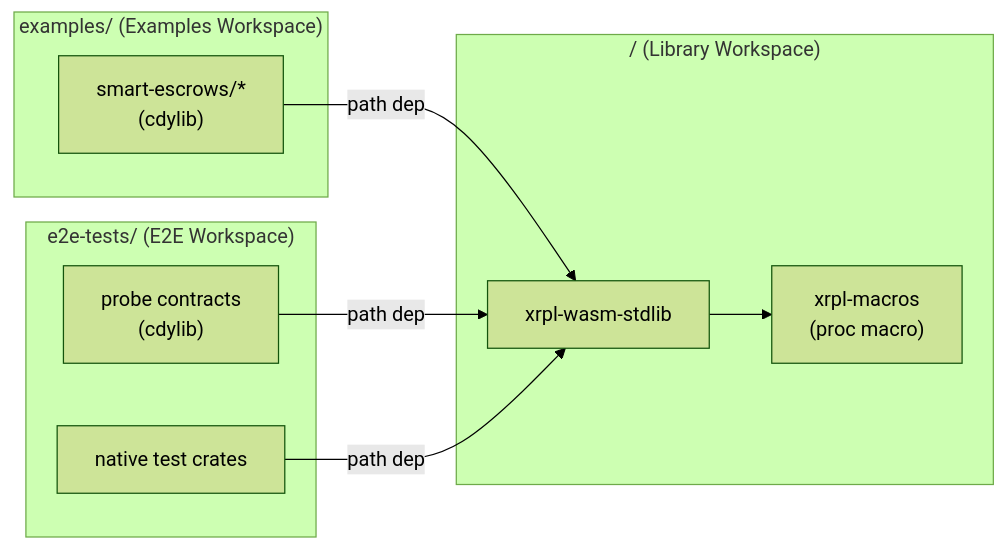
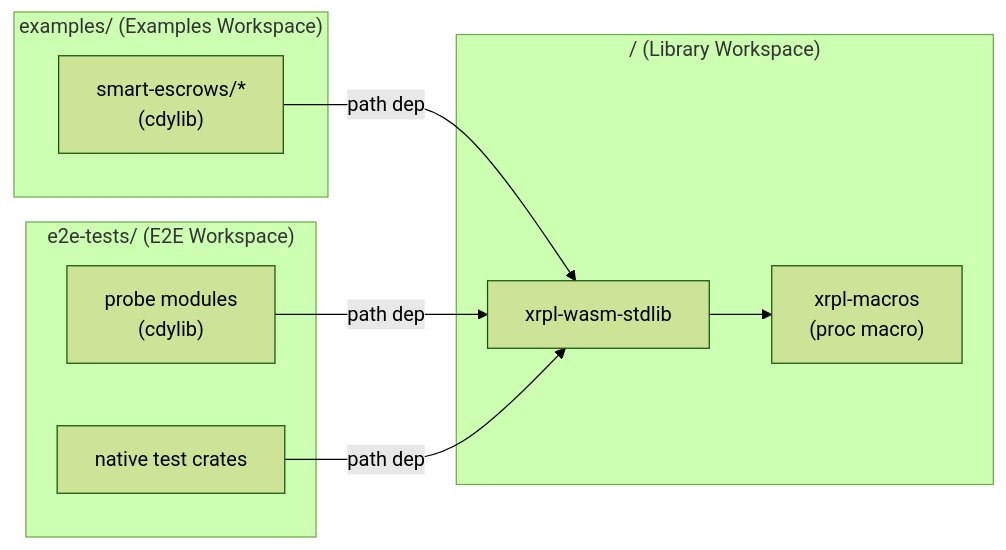
Before and after one commit to ripple/xrpl-wasm-stdlib: the first of 2 diagrams in ARCHITECTURE.md, drawn with Mermaid (forest theme). The commit also changed other lines of this file, not shown here.

````diff
--- a/ARCHITECTURE.md
+++ b/ARCHITECTURE.md
@@ -35,19 +35,19 @@
 ```mermaid
 graph LR
     subgraph root["/ (Library Workspace)"]
         LIB["xrpl-wasm-stdlib"]
         MACROS["xrpl-macros\n(proc macro)"]
     end
     subgraph examples_ws["examples/ (Examples Workspace)"]
         EX["smart-escrows/*\n(cdylib)"]
     end
     subgraph e2e_ws["e2e-tests/ (E2E Workspace)"]
-        PROBE["probe contracts\n(cdylib)"]
+        PROBE["probe modules\n(cdylib)"]
         NATIVE["native test crates"]
     end
 
     EX -- "path dep" --> LIB
     PROBE -- "path dep" --> LIB
     NATIVE -- "path dep" --> LIB
     LIB --> MACROS
 ```
````
